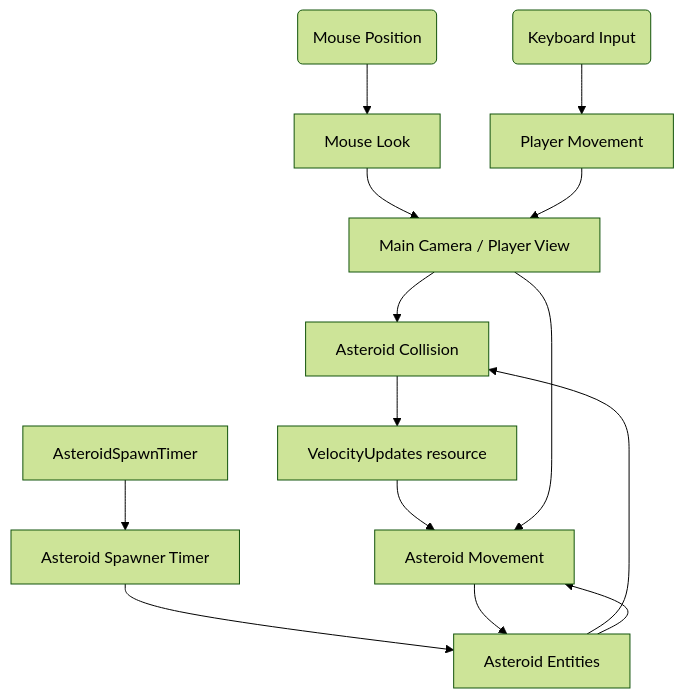
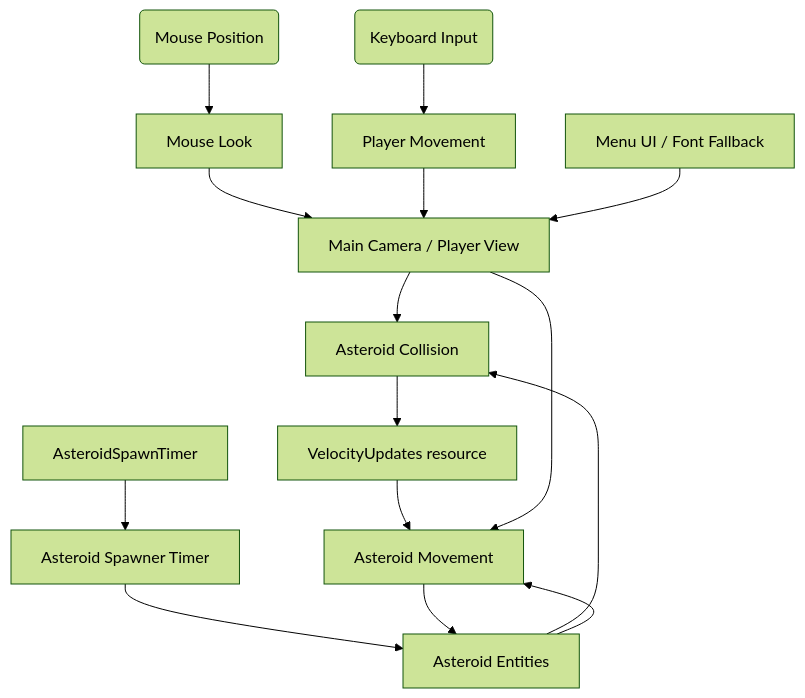
The diagram in README.md (antonincacadetruire/space_vibe), drawn with Mermaid (forest theme) before and after one commit. The commit also changed 6 other files, not shown here.

Commit message:
Add menu UI components and settings functionality; implement font fallback logic

````diff
--- a/README.md
+++ b/README.md
@@ -4,29 +4,31 @@
 ```mermaid
 graph TB
   M(Mouse Position)
   K(Keyboard Input)
 
   S1[Mouse Look]
   S2[Player Movement]
   S3[Asteroid Spawner Timer]
   S4[Asteroid Collision]
   S5[Asteroid Movement]
+  S6[Menu UI / Font Fallback]
   R[Main Camera / Player View]
 
   RV[VelocityUpdates resource]
   RT[AsteroidSpawnTimer]
 
   M --> S1
   S1 --> R
   K --> S2
   S2 --> R
   RT --> S3
   S3 --> Ast[Asteroid Entities]
   Ast --> S4
   S4 --> RV
   RV --> S5
   Ast --> S5
   S5 --> Ast
+  S6 --> R
   R --> S4
   R --> S5
 ```
````
